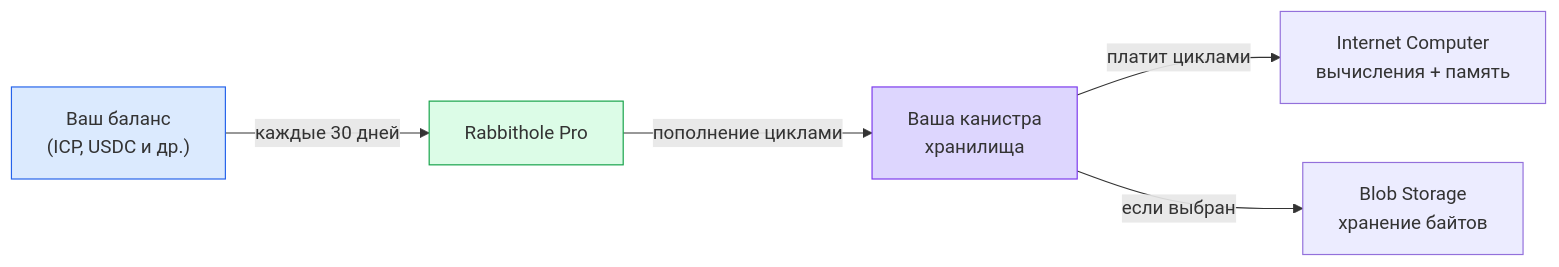
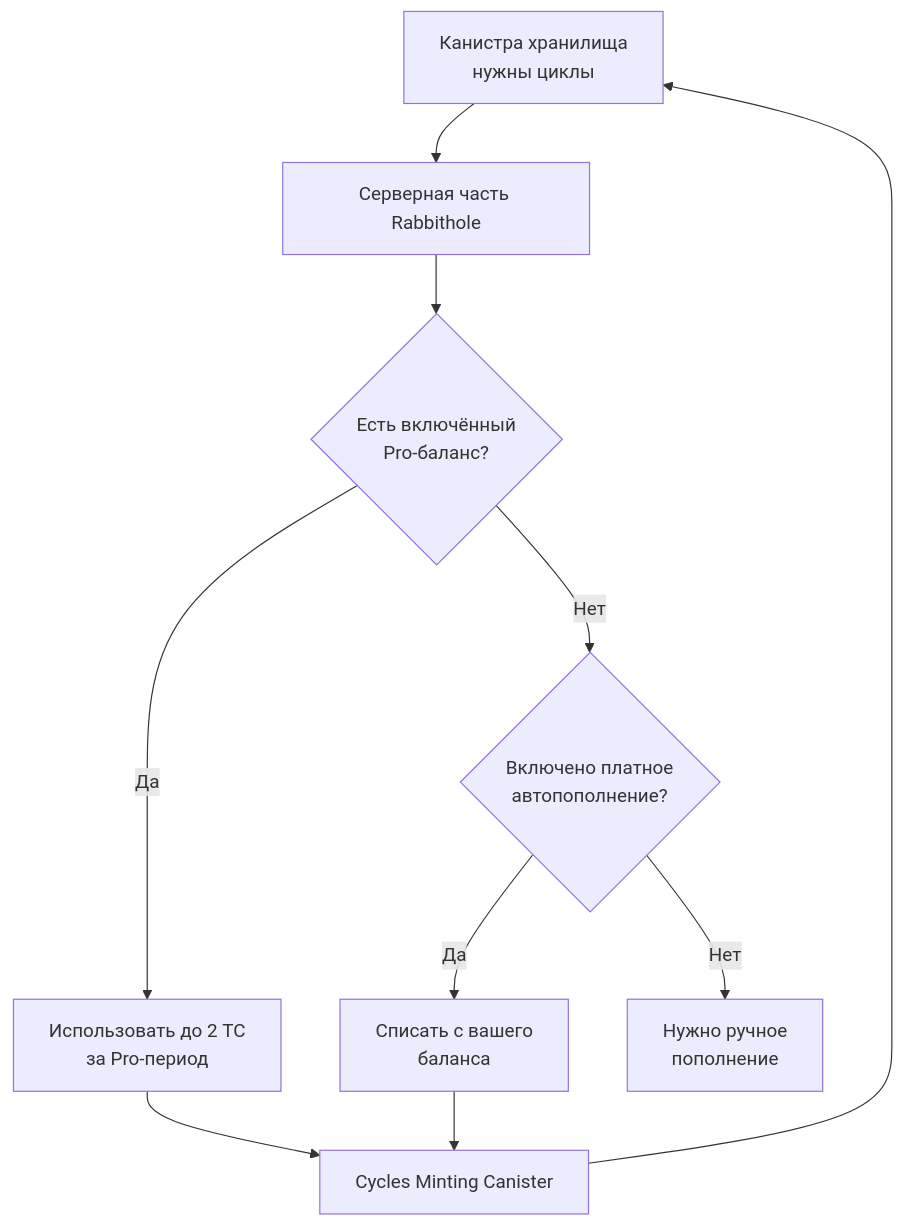
The first of 3 diagrams in apps/docs/src/ru/how-it-works/payment.md (rabbithole-app/v2), drawn with Mermaid before and after one commit. The commit also changed other lines of this file and 46 other files, not shown here.

````diff
--- a/apps/docs/src/ru/how-it-works/payment.md
+++ b/apps/docs/src/ru/how-it-works/payment.md
@@ -24,10 +56,12 @@
 ```mermaid
-flowchart LR
-    U["Ваш баланс<br/>(ICP, USDC и др.)"] -->|каждые 30 дней| R[Rabbithole Pro]
-    R -->|пополнение циклами| C["Ваша канистра<br/>хранилища"]
-    C -->|платит циклами| IC["Internet Computer<br/>вычисления + память"]
-    C -->|если выбран| BS["Blob Storage<br/>хранение байтов"]
-    style U fill:#dbeafe,stroke:#2563eb
-    style R fill:#dcfce7,stroke:#16a34a
-    style C fill:#ddd6fe,stroke:#7c3aed
+flowchart TD
+    S["Канистра хранилища<br/>нужны циклы"] --> B["Серверная часть Rabbithole"]
+    B --> I{"Есть включённый<br/>Pro-баланс?"}
+    I -->|Да| P["Использовать до 2 TC<br/>за Pro-период"]
+    I -->|Нет| A{"Включено платное<br/>автопополнение?"}
+    A -->|Да| U["Списать с вашего<br/>баланса"]
+    A -->|Нет| M["Нужно ручное<br/>пополнение"]
+    P --> CMC["Cycles Minting Canister"]
+    U --> CMC
+    CMC --> S
 ```
````
